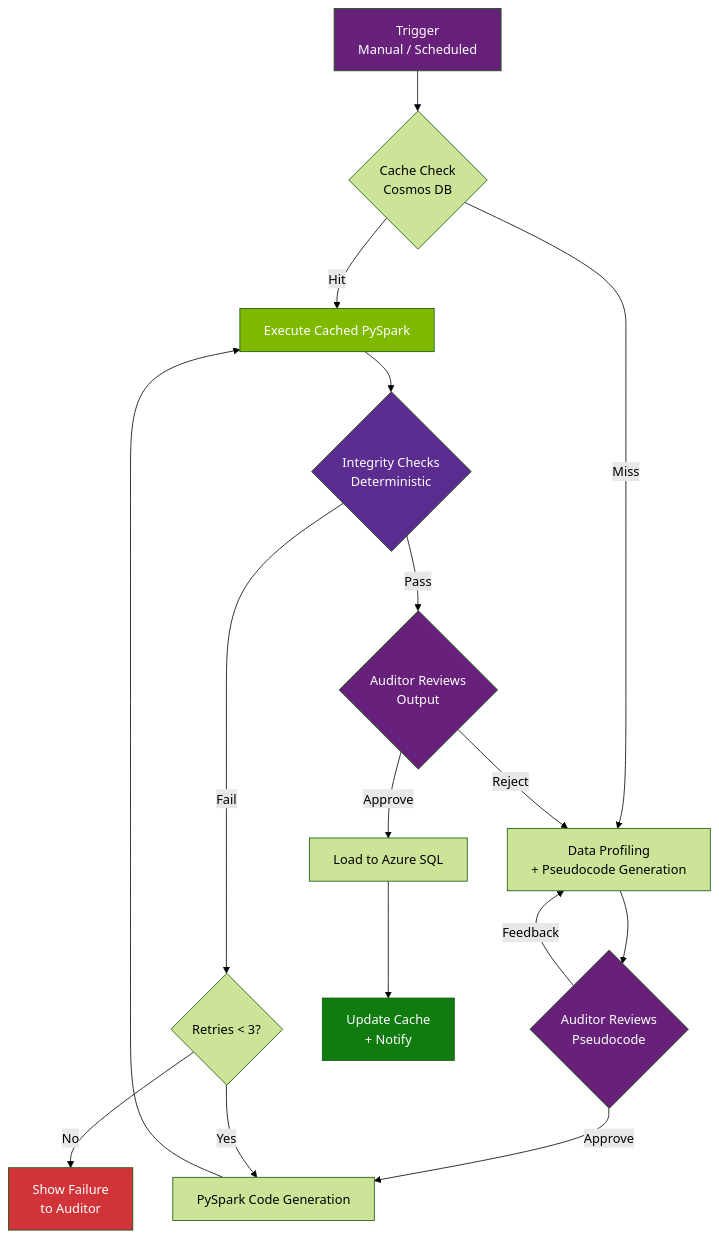
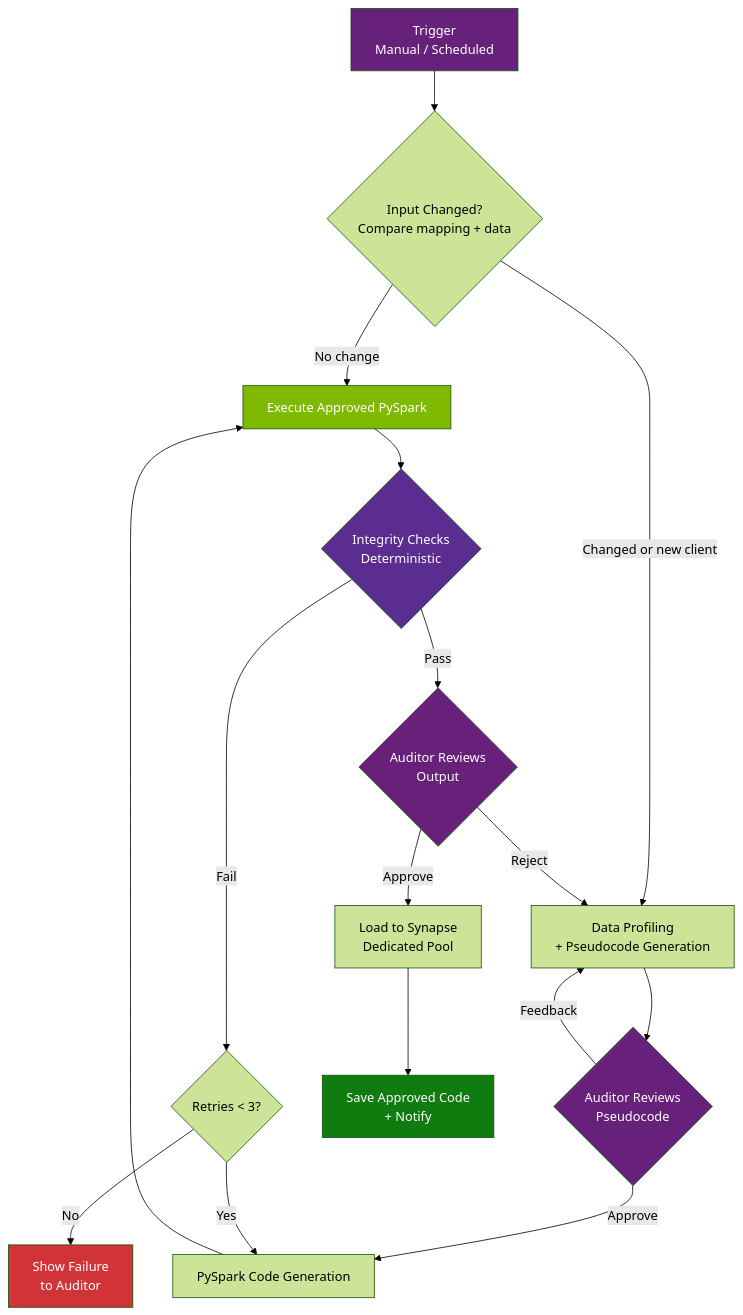
The second of 5 diagrams in docs/design.md (DanGiannone1/data-engineering-agent), drawn with Mermaid (forest theme) before and after one commit. The commit also changed other lines of this file and 1 other file, not shown here.

First line of the commit message:
Comprehensive design.md rewrite: direct tools, per-client approved code, Synapse dedicated pool

````diff
--- a/docs/design.md
+++ b/docs/design.md
@@ -141,26 +148,26 @@
 ```mermaid
 flowchart TD
-    T[Trigger<br/>Manual / Scheduled] --> CC{Cache Check<br/>Cosmos DB}
-    CC -->|Hit| EX[Execute Cached PySpark]
-    CC -->|Miss| PR[Data Profiling<br/>+ Pseudocode Generation]
+    T[Trigger<br/>Manual / Scheduled] --> CD{Input Changed?<br/>Compare mapping + data}
+    CD -->|No change| EX[Execute Approved PySpark]
+    CD -->|Changed or new client| PR[Data Profiling<br/>+ Pseudocode Generation]
     PR --> HR{Auditor Reviews<br/>Pseudocode}
     HR -->|Feedback| PR
     HR -->|Approve| CG[PySpark Code Generation]
     CG --> EX
     EX --> IC{Integrity Checks<br/>Deterministic}
     IC -->|Fail| RT{Retries < 3?}
     RT -->|Yes| CG
     RT -->|No| FAIL[Show Failure<br/>to Auditor]
     IC -->|Pass| FR{Auditor Reviews<br/>Output}
     FR -->|Reject| PR
-    FR -->|Approve| LD[Load to Azure SQL]
-    LD --> DONE[Update Cache<br/>+ Notify]
+    FR -->|Approve| LD[Load to Synapse<br/>Dedicated Pool]
+    LD --> DONE[Save Approved Code<br/>+ Notify]
 
     style T fill:#68217a,color:#fff
     style HR fill:#68217a,color:#fff
     style FR fill:#68217a,color:#fff
     style EX fill:#7fba00,color:#fff
     style IC fill:#5c2d91,color:#fff
     style FAIL fill:#d13438,color:#fff
     style DONE fill:#107c10,color:#fff
 ```
````
